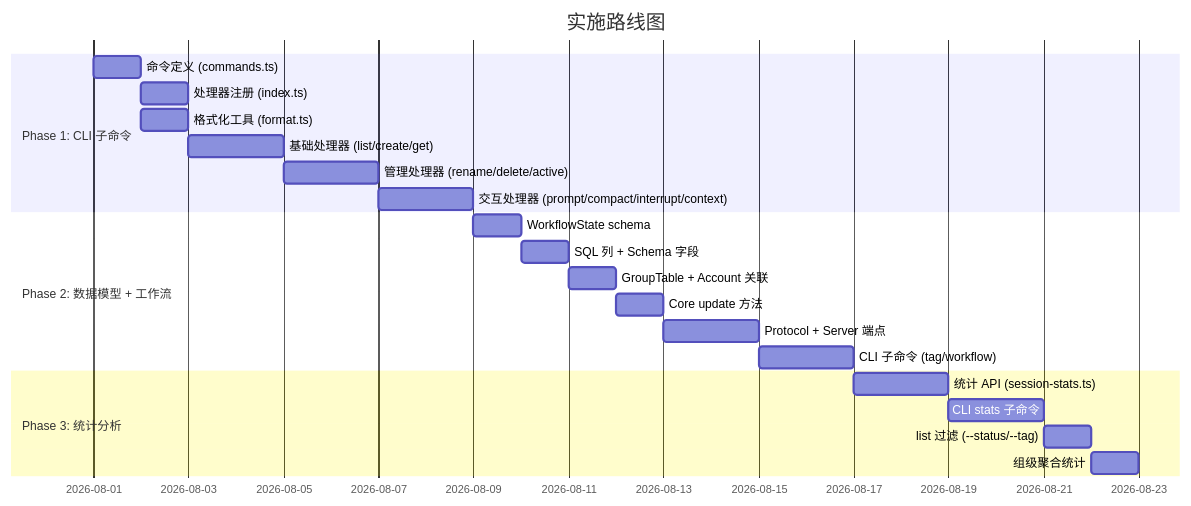
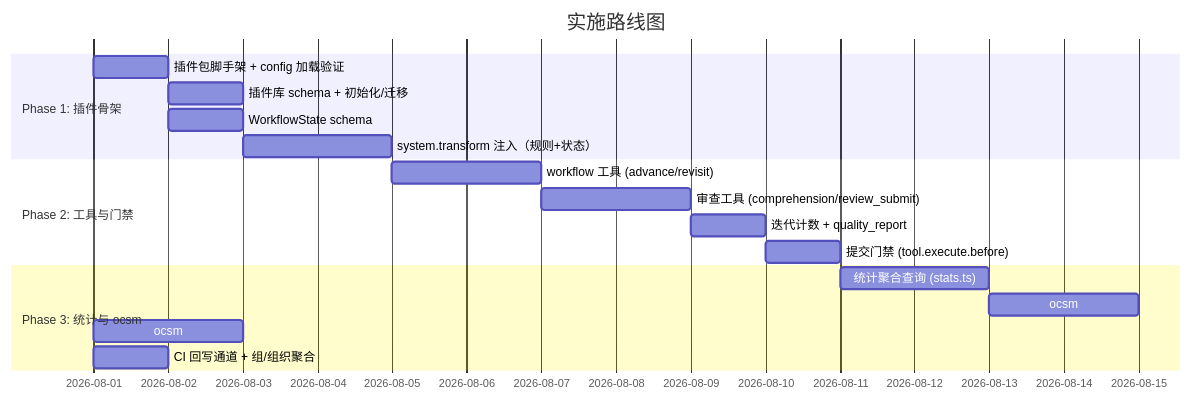
Diagram 14 of 14 in specs/customize/session-management.md (wonglaitung/opencode), drawn with Mermaid before and after one commit. The commit also changed other lines of this file, not shown here.

First line of the commit message:
docs(session-management): 重构为零侵入架构（插件 + 独立 CLI）

````diff
--- a/specs/customize/session-management.md
+++ b/specs/customize/session-management.md
@@ -1108,27 +1141,23 @@
 ```mermaid
 gantt
     title 实施路线图
     dateFormat YYYY-MM-DD
 
-    section Phase 1: CLI 子命令
-    命令定义 (commands.ts)           :p1a, 2026-08-01, 1d
-    处理器注册 (index.ts)            :p1b, after p1a, 1d
-    格式化工具 (format.ts)           :p1c, after p1a, 1d
-    基础处理器 (list/create/get)      :p1d, after p1c, 2d
-    管理处理器 (rename/delete/active) :p1e, after p1d, 2d
-    交互处理器 (prompt/compact/interrupt/context) :p1f, after p1e, 2d
+    section Phase 1: 插件骨架
+    插件包脚手架 + config 加载验证      :p1a, 2026-08-01, 1d
+    插件库 schema + 初始化/迁移          :p1b, after p1a, 1d
+    WorkflowState schema                 :p1c, after p1a, 1d
+    system.transform 注入（规则+状态）    :p1d, after p1b, 2d
 
-    section Phase 2: 数据模型 + 工作流
-    WorkflowState schema             :p2a, after p1f, 1d
-    SQL 列 + Schema 字段             :p2b, after p2a, 1d
-    GroupTable + Account 关联         :p2b2, after p2b, 1d
-    Core update 方法                  :p2c, after p2b2, 1d
-    Protocol + Server 端点            :p2d, after p2c, 2d
-    CLI 子命令 (tag/workflow) :p2e, after p2d, 2d
+    section Phase 2: 工具与门禁
+    workflow 工具 (advance/revisit)       :p2a, after p1d, 2d
+    审查工具 (comprehension/review_submit) :p2b, after p2a, 2d
+    迭代计数 + quality_report             :p2c, after p2b, 1d
+    提交门禁 (tool.execute.before)        :p2d, after p2c, 1d
 
-    section Phase 3: 统计分析
-    统计 API (session-stats.ts)       :p3a, after p2e, 2d
-    CLI stats 子命令                  :p3b, after p3a, 2d
-    list 过滤 (--status/--tag)        :p3c, after p3b, 1d
-    组级聚合统计                      :p3d, after p3c, 1d
+    section Phase 3: 统计与 ocsm
+    统计聚合查询 (stats.ts)               :p3a, after p2d, 2d
+    ocsm: tag/workflow/list               :p3b, after p3a, 2d
+    ocsm: stats（四级 + 质量维度）          :p3c, after p3b, 2d
+    CI 回写通道 + 组/组织聚合              :p3d, after p3c, 1d
 ```
````
